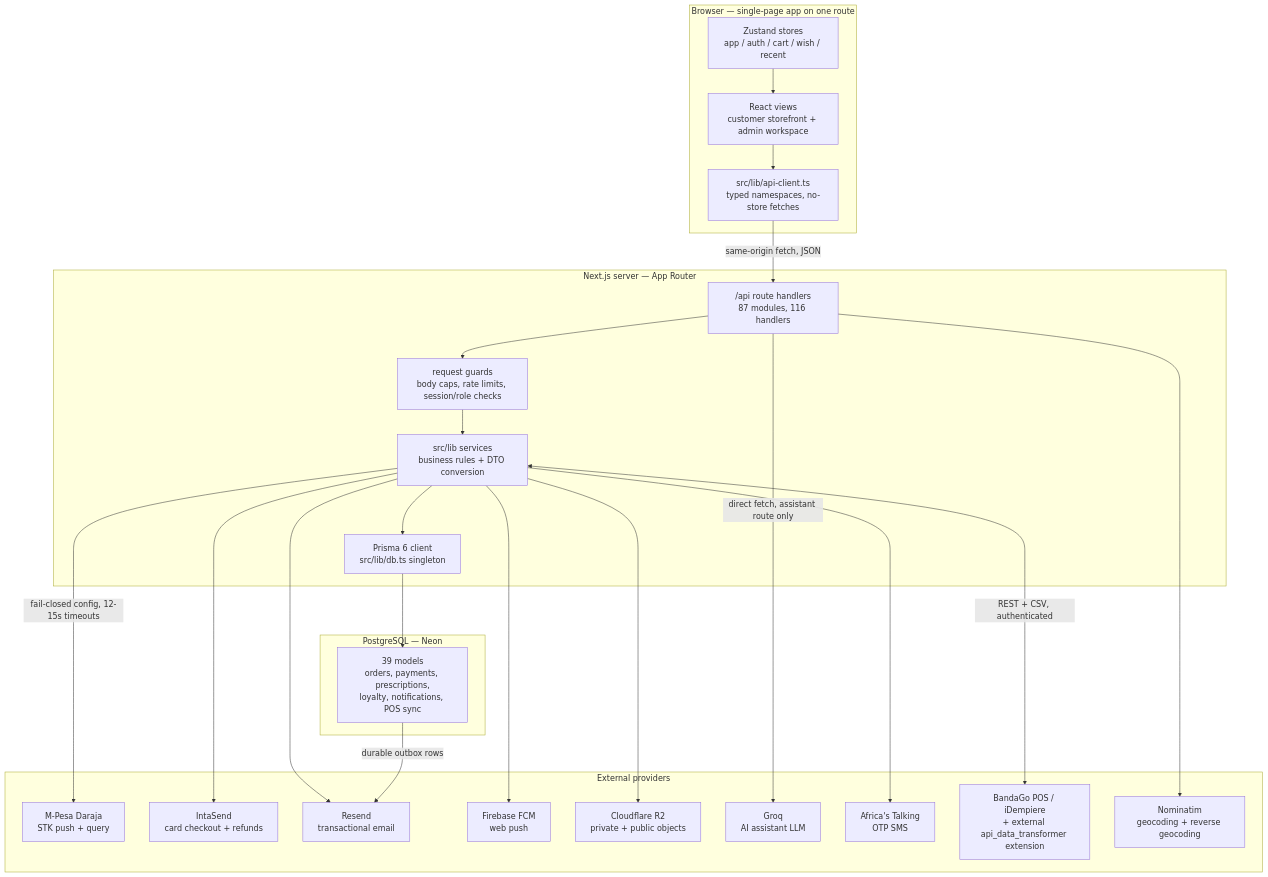
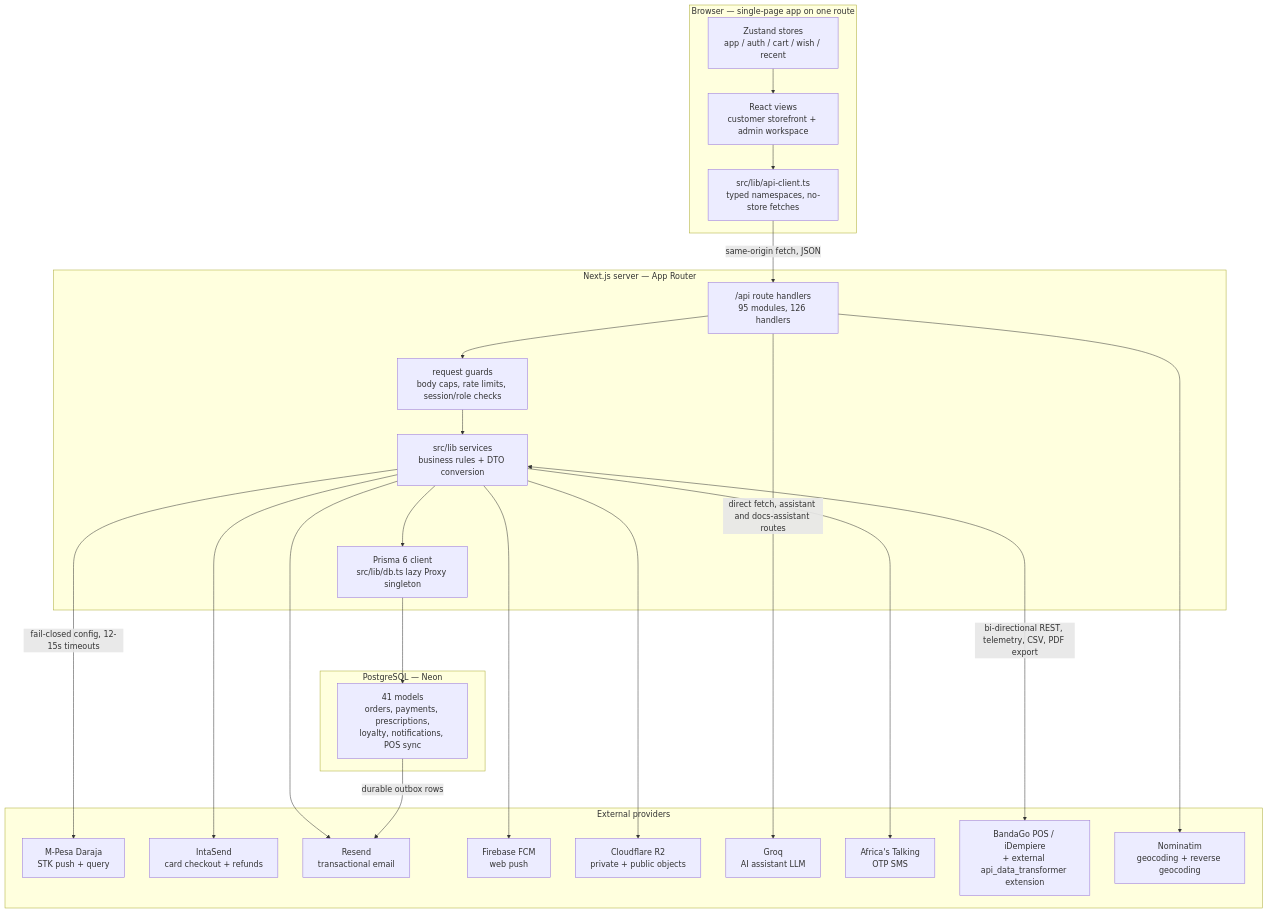
Before and after one commit to Elvinoacer/sphere_pharmacy: the diagram in docs/architecture/system-architecture.md, drawn with Mermaid. The commit also changed other lines of this file and 47 other files, not shown here.

````diff
--- a/docs/architecture/system-architecture.md
+++ b/docs/architecture/system-architecture.md
@@ -37,49 +38,49 @@
 ```mermaid
 flowchart TB
   subgraph Browser["Browser — single-page app on one route"]
     Z["Zustand stores<br/>app / auth / cart / wish / recent"]
     V["React views<br/>customer storefront + admin workspace"]
     AC["src/lib/api-client.ts<br/>typed namespaces, no-store fetches"]
   end
 
   subgraph Server["Next.js server — App Router"]
-    API["/api route handlers<br/>87 modules, 116 handlers"]
+    API["/api route handlers<br/>95 modules, 126 handlers"]
     GUARD["request guards<br/>body caps, rate limits, session/role checks"]
     LIB["src/lib services<br/>business rules + DTO conversion"]
-    PRISMA["Prisma 6 client<br/>src/lib/db.ts singleton"]
+    PRISMA["Prisma 6 client<br/>src/lib/db.ts lazy Proxy singleton"]
   end
 
   subgraph DB["PostgreSQL — Neon"]
-    MODELS["39 models<br/>orders, payments, prescriptions,<br/>loyalty, notifications, POS sync"]
+    MODELS["41 models<br/>orders, payments, prescriptions,<br/>loyalty, notifications, POS sync"]
   end
 
   subgraph Providers["External providers"]
     MPESA["M-Pesa Daraja<br/>STK push + query"]
     INTASEND["IntaSend<br/>card checkout + refunds"]
     RESEND["Resend<br/>transactional email"]
     FCM["Firebase FCM<br/>web push"]
     R2["Cloudflare R2<br/>private + public objects"]
     GROQ["Groq<br/>AI assistant LLM"]
     AT["Africa's Talking<br/>OTP SMS"]
     BANDAGO["BandaGo POS / iDempiere<br/>+ external api_data_transformer extension"]
     NOMINATIM["Nominatim<br/>geocoding + reverse geocoding"]
   end
 
   Z --> V
   V --> AC
   AC -->|"same-origin fetch, JSON"| API
   API --> GUARD
   GUARD --> LIB
   LIB --> PRISMA
   PRISMA --> MODELS
   LIB -->|"fail-closed config, 12-15s timeouts"| MPESA
   LIB --> INTASEND
   LIB --> RESEND
   LIB --> FCM
   LIB --> R2
-  API -->|"direct fetch, assistant route only"| GROQ
+  API -->|"direct fetch, assistant and docs-assistant routes"| GROQ
   LIB --> AT
-  LIB <-->|"REST + CSV, authenticated"| BANDAGO
+  LIB <-->|"bi-directional REST, telemetry, CSV, PDF export"| BANDAGO
   API --> NOMINATIM
   MODELS -->|"durable outbox rows"| RESEND
 ```
````
